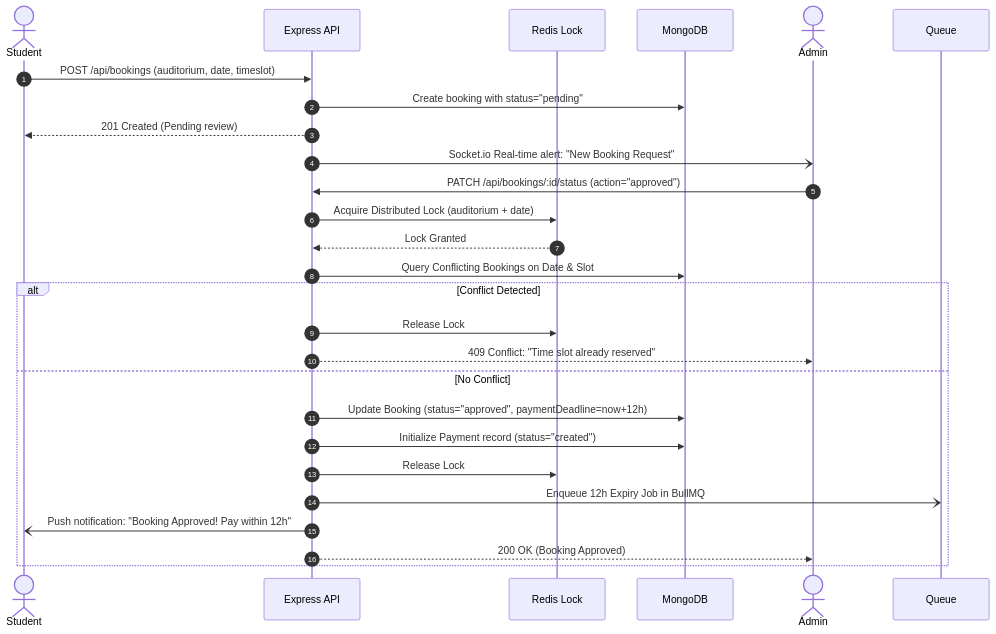
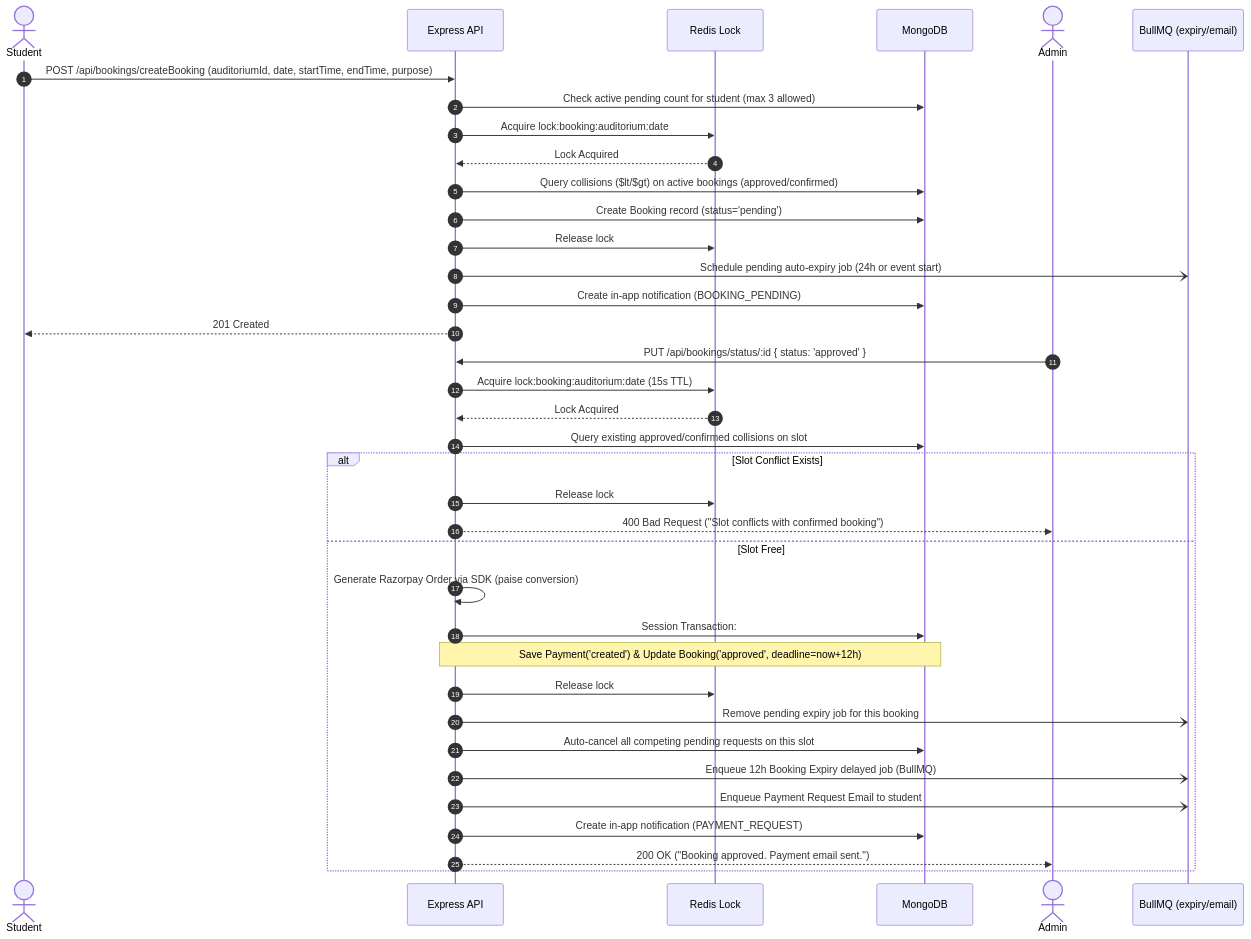
The fourth of 6 diagrams in ARCHITECTURE.md (buildwithrishabh/AuditoReserve), drawn with Mermaid before and after one commit. The commit also changed other lines of this file and 2 other files, not shown here.

Commit message:
docs: update system architecture and readme files with backend analysis

````diff
--- a/ARCHITECTURE.md
+++ b/ARCHITECTURE.md
@@ -284,30 +362,41 @@
 ```mermaid
 sequenceDiagram
     autonumber
     actor Student
     participant API as Express API
-    participant Cache as Redis Lock
+    participant Lock as Redis Lock
     participant DB as MongoDB
     actor Admin
+    participant Queue as BullMQ (expiry/email)
 
-    Student->>API: POST /api/bookings (auditorium, date, timeslot)
-    API->>DB: Create booking with status="pending"
-    API-->>Student: 201 Created (Pending review)
-    API-)Admin: Socket.io Real-time alert: "New Booking Request"
+    Student->>API: POST /api/bookings/createBooking (auditoriumId, date, startTime, endTime, purpose)
+    API->>DB: Check active pending count for student (max 3 allowed)
+    API->>Lock: Acquire lock:booking:auditorium:date
+    Lock-->>API: Lock Acquired
+    API->>DB: Query collisions ($lt/$gt) on active bookings (approved/confirmed)
+    API->>DB: Create Booking record (status='pending')
+    API->>Lock: Release lock
+    API-)Queue: Schedule pending auto-expiry job (24h or event start)
+    API->>DB: Create in-app notification (BOOKING_PENDING)
+    API-->>Student: 201 Created
 
-    Admin->>API: PATCH /api/bookings/:id/status (action="approved")
-    API->>Cache: Acquire Distributed Lock (auditorium + date)
-    Cache-->>API: Lock Granted
-    API->>DB: Query Conflicting Bookings on Date & Slot
-    alt Conflict Detected
-        API->>Cache: Release Lock
-        API-->>Admin: 409 Conflict: "Time slot already reserved"
-    else No Conflict
-        API->>DB: Update Booking (status="approved", paymentDeadline=now+12h)
-        API->>DB: Initialize Payment record (status="created")
-        API->>Cache: Release Lock
-        API-)Queue: Enqueue 12h Expiry Job in BullMQ
-        API-)Student: Push notification: "Booking Approved! Pay within 12h"
-        API-->>Admin: 200 OK (Booking Approved)
+    Admin->>API: PUT /api/bookings/status/:id { status: 'approved' }
+    API->>Lock: Acquire lock:booking:auditorium:date (15s TTL)
+    Lock-->>API: Lock Acquired
+    API->>DB: Query existing approved/confirmed collisions on slot
+    alt Slot Conflict Exists
+        API->>Lock: Release lock
+        API-->>Admin: 400 Bad Request ("Slot conflicts with confirmed booking")
+    else Slot Free
+        API->>API: Generate Razorpay Order via SDK (paise conversion)
+        API->>DB: Session Transaction:
+        Note over API,DB: Save Payment('created') & Update Booking('approved', deadline=now+12h)
+        API->>Lock: Release lock
+        API-)Queue: Remove pending expiry job for this booking
+        API->>DB: Auto-cancel all competing pending requests on this slot
+        API-)Queue: Enqueue 12h Booking Expiry delayed job (BullMQ)
+        API-)Queue: Enqueue Payment Request Email to student
+        API->>DB: Create in-app notification (PAYMENT_REQUEST)
+        API-->>Admin: 200 OK ("Booking approved. Payment email sent.")
     end
 ```
````
